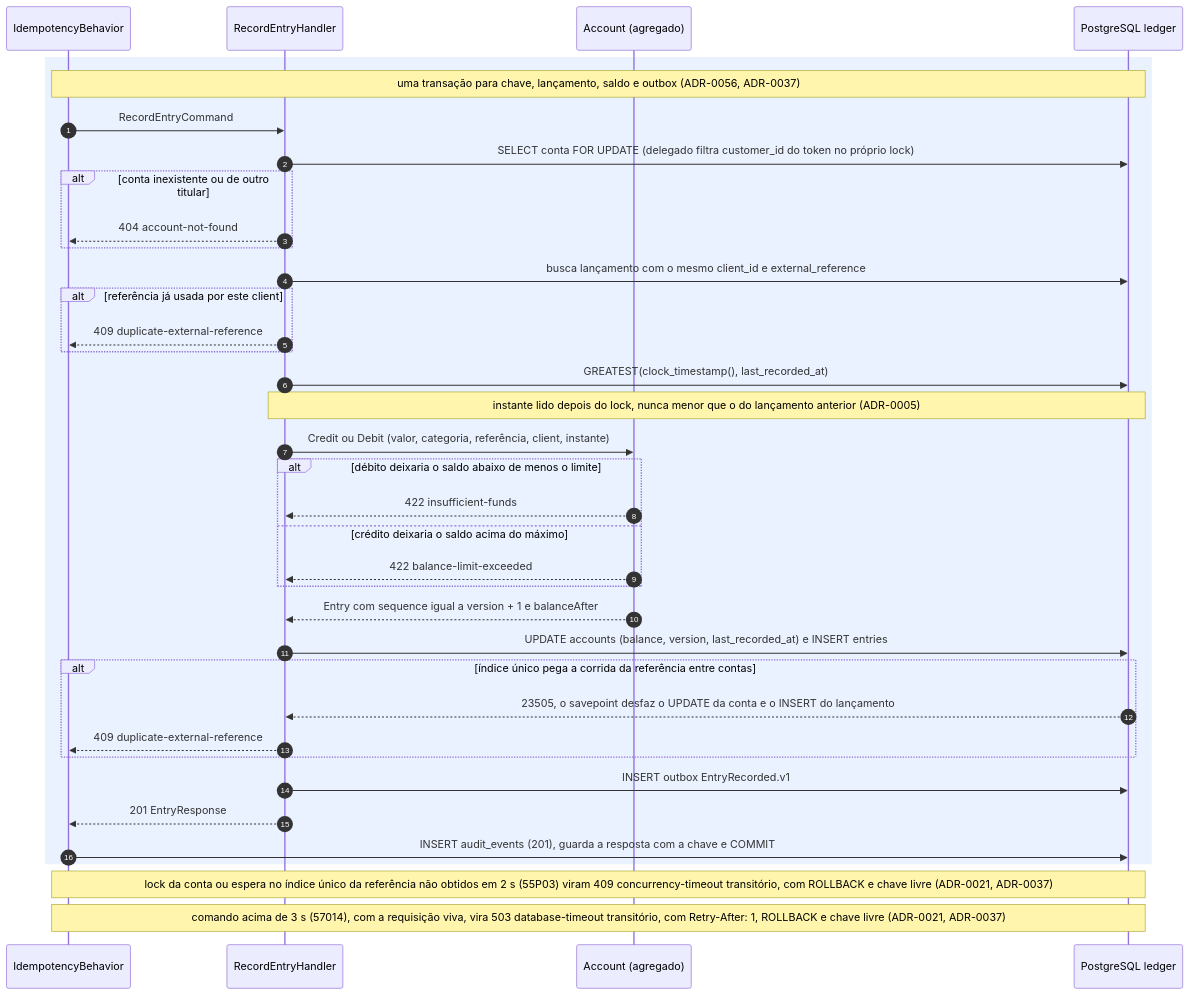
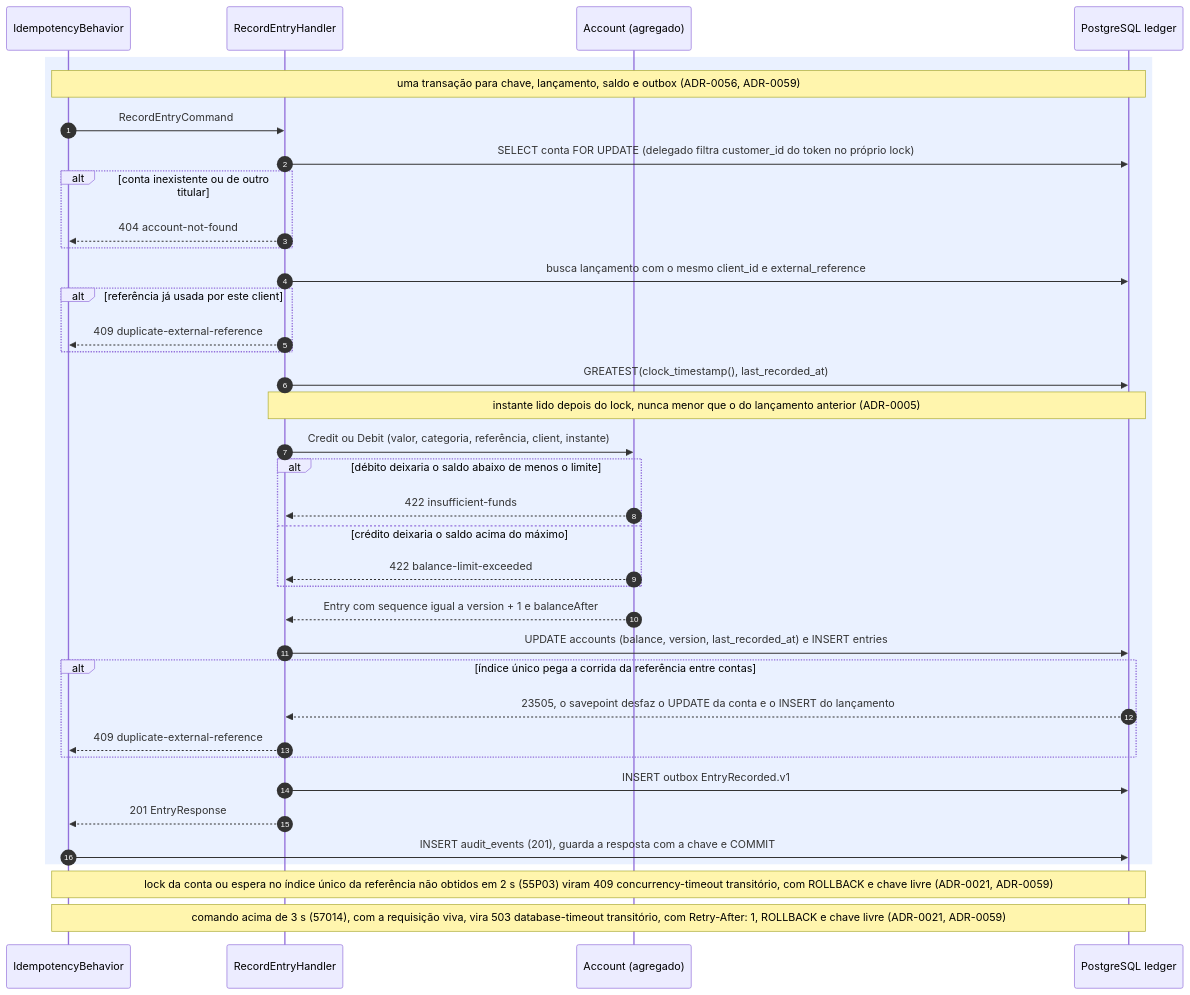
Before and after one commit to arthuurw/desafio-arquiteto-keyrus: the first of 8 diagrams in docs/arquitetura/fluxos-ledger.md, drawn with Mermaid. The commit also changed other lines of this file and 73 other files, not shown here.

````diff
--- a/docs/arquitetura/fluxos-ledger.md
+++ b/docs/arquitetura/fluxos-ledger.md
@@ -17,40 +17,40 @@
 ```mermaid
 sequenceDiagram
   autonumber
   participant B as IdempotencyBehavior
   participant H as RecordEntryHandler
   participant A as Account (agregado)
   participant DB as PostgreSQL ledger
 
   rect rgba(80, 140, 255, 0.12)
-    Note over B,DB: uma transação para chave, lançamento, saldo e outbox (ADR-0056, ADR-0037)
+    Note over B,DB: uma transação para chave, lançamento, saldo e outbox (ADR-0056, ADR-0059)
     B->>H: RecordEntryCommand
     H->>DB: SELECT conta FOR UPDATE (delegado filtra customer_id do token no próprio lock)
     alt conta inexistente ou de outro titular
       H-->>B: 404 account-not-found
     end
     H->>DB: busca lançamento com o mesmo client_id e external_reference
     alt referência já usada por este client
       H-->>B: 409 duplicate-external-reference
     end
     H->>DB: GREATEST(clock_timestamp(), last_recorded_at)
     Note over H,DB: instante lido depois do lock, nunca menor que o do lançamento anterior (ADR-0005)
     H->>A: Credit ou Debit (valor, categoria, referência, client, instante)
     alt débito deixaria o saldo abaixo de menos o limite
       A-->>H: 422 insufficient-funds
     else crédito deixaria o saldo acima do máximo
       A-->>H: 422 balance-limit-exceeded
     end
     A-->>H: Entry com sequence igual a version + 1 e balanceAfter
     H->>DB: UPDATE accounts (balance, version, last_recorded_at) e INSERT entries
     alt índice único pega a corrida da referência entre contas
       DB-->>H: 23505, o savepoint desfaz o UPDATE da conta e o INSERT do lançamento
       H-->>B: 409 duplicate-external-reference
     end
     H->>DB: INSERT outbox EntryRecorded.v1
     H-->>B: 201 EntryResponse
     B->>DB: INSERT audit_events (201), guarda a resposta com a chave e COMMIT
   end
-  Note over B,DB: lock da conta ou espera no índice único da referência não obtidos em 2 s (55P03) viram 409 concurrency-timeout transitório, com ROLLBACK e chave livre (ADR-0021, ADR-0037)
-  Note over B,DB: comando acima de 3 s (57014), com a requisição viva, vira 503 database-timeout transitório, com Retry-After: 1, ROLLBACK e chave livre (ADR-0021, ADR-0037)
+  Note over B,DB: lock da conta ou espera no índice único da referência não obtidos em 2 s (55P03) viram 409 concurrency-timeout transitório, com ROLLBACK e chave livre (ADR-0021, ADR-0059)
+  Note over B,DB: comando acima de 3 s (57014), com a requisição viva, vira 503 database-timeout transitório, com Retry-After: 1, ROLLBACK e chave livre (ADR-0021, ADR-0059)
 ```
````
